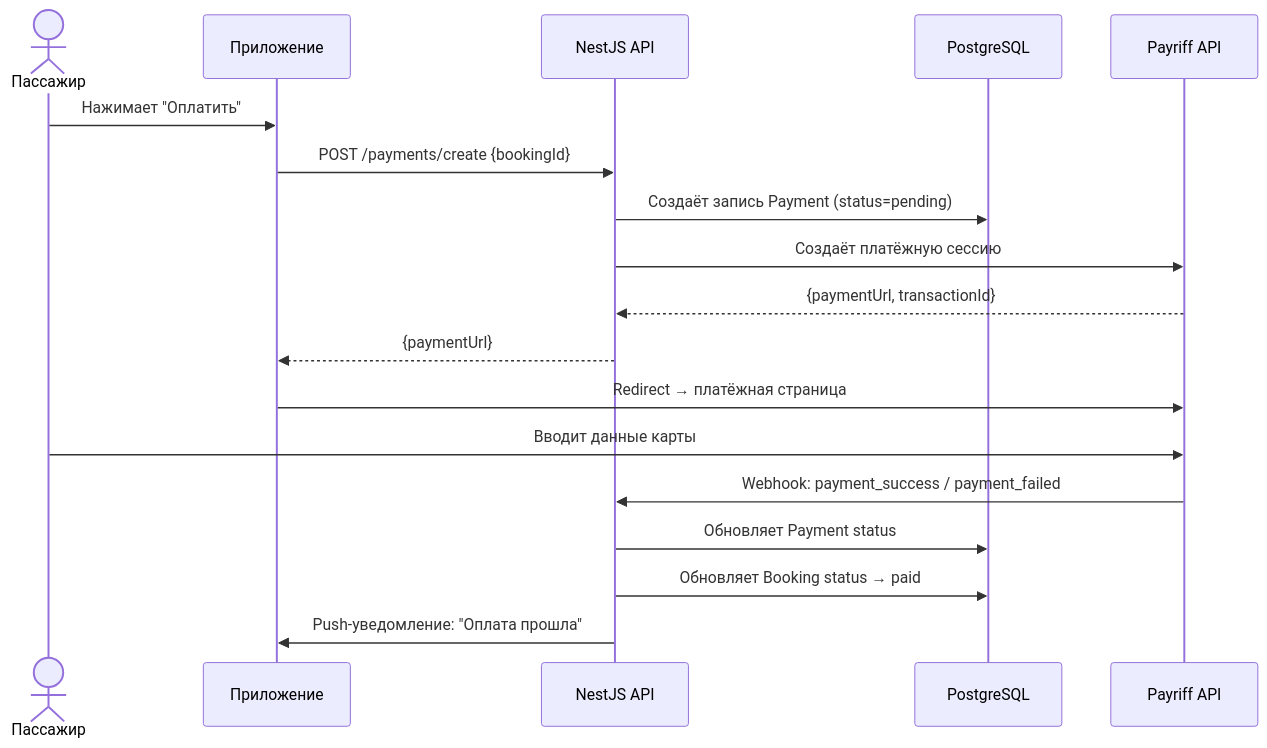
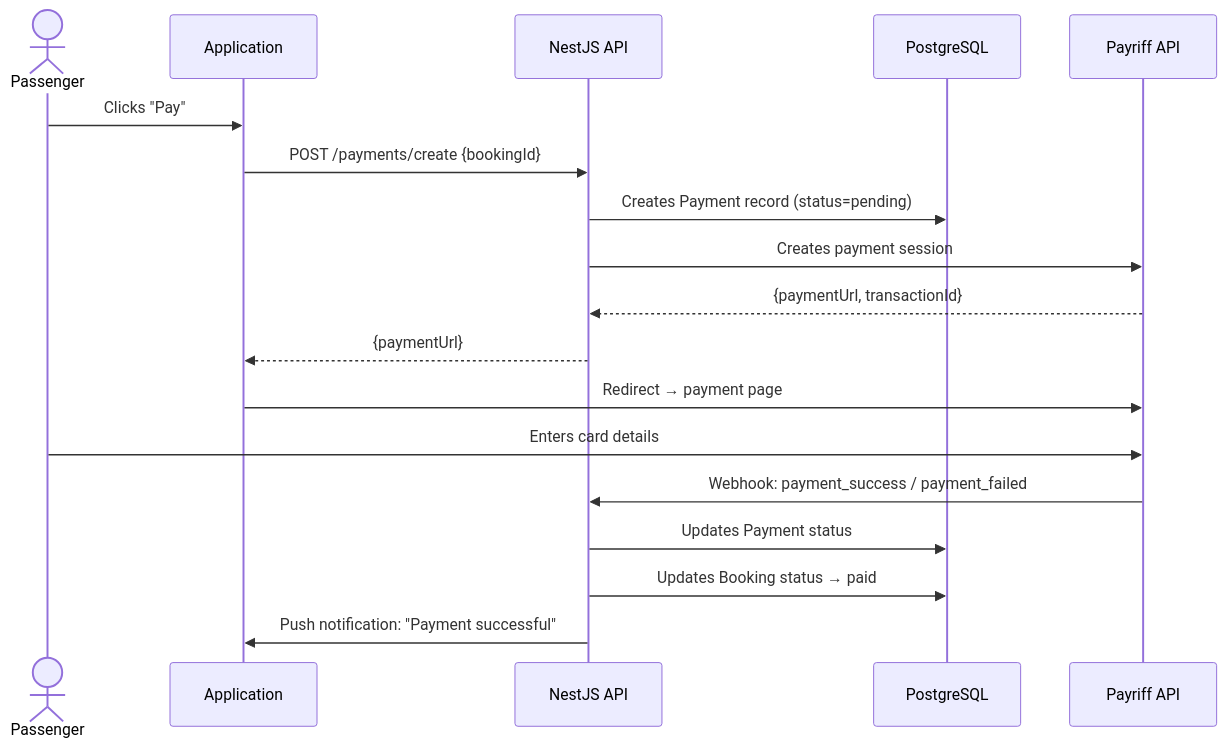
Before and after one commit to JosephIsrafilov/yolustu: the fourth of 7 diagrams in yolustu_architecture.md, drawn with Mermaid. The commit also changed other lines of this file and 2 other files, not shown here.

````diff
--- a/yolustu_architecture.md
+++ b/yolustu_architecture.md
@@ -141,21 +141,21 @@
 ```mermaid
 sequenceDiagram
-    actor P as Пассажир
-    participant App as Приложение
+    actor P as Passenger
+    participant App as Application
     participant API as NestJS API
     participant DB as PostgreSQL
     participant Pay as Payriff API
 
-    P->>App: Нажимает "Оплатить"
+    P->>App: Clicks "Pay"
     App->>API: POST /payments/create {bookingId}
-    API->>DB: Создаёт запись Payment (status=pending)
-    API->>Pay: Создаёт платёжную сессию
+    API->>DB: Creates Payment record (status=pending)
+    API->>Pay: Creates payment session
     Pay-->>API: {paymentUrl, transactionId}
     API-->>App: {paymentUrl}
-    App->>Pay: Redirect → платёжная страница
-    P->>Pay: Вводит данные карты
+    App->>Pay: Redirect → payment page
+    P->>Pay: Enters card details
     Pay->>API: Webhook: payment_success / payment_failed
-    API->>DB: Обновляет Payment status
-    API->>DB: Обновляет Booking status → paid
-    API->>App: Push-уведомление: "Оплата прошла"
+    API->>DB: Updates Payment status
+    API->>DB: Updates Booking status → paid
+    API->>App: Push notification: "Payment successful"
 ```
````
